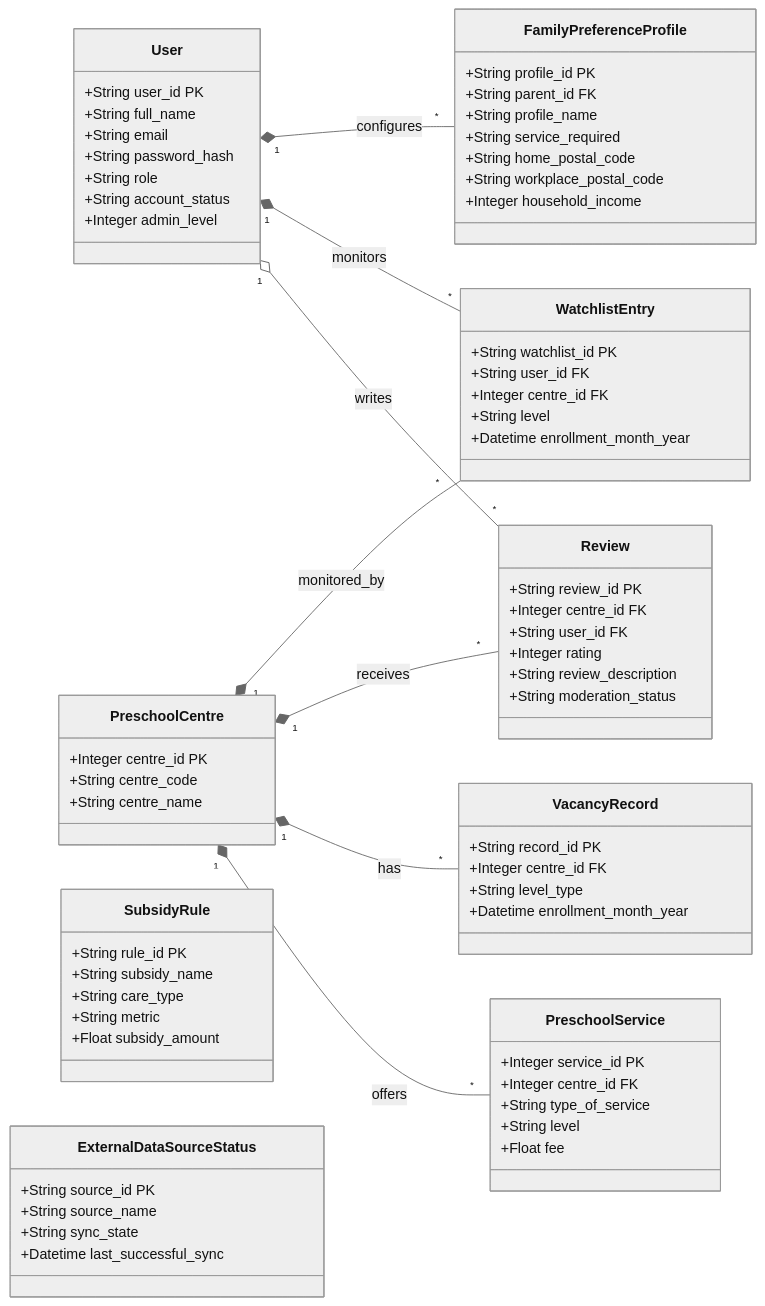
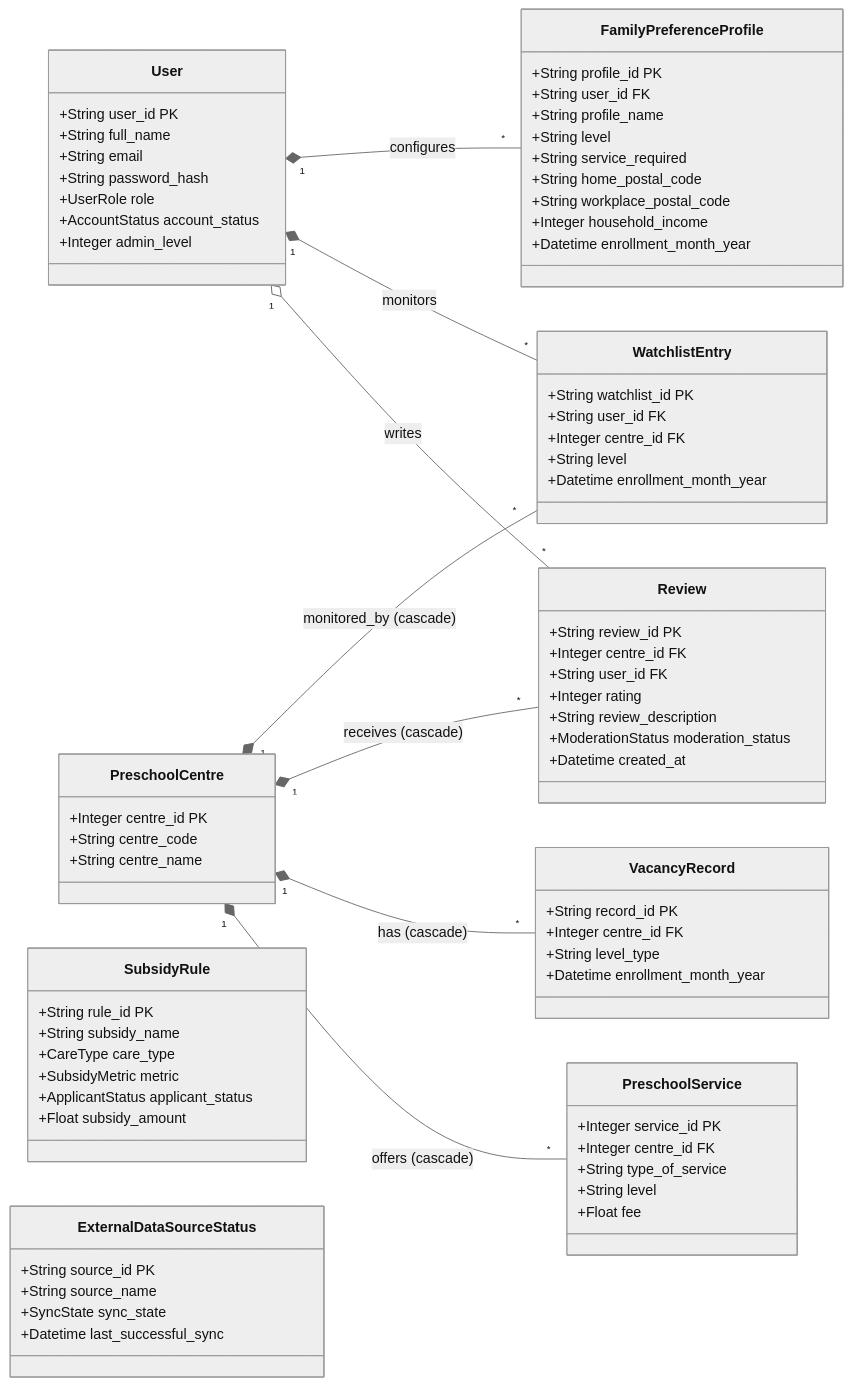
Before and after one commit to Lolgend/kidcarematch-backend: the diagram in specs/user-and-matching-entities.md, drawn with Mermaid (neutral theme). The commit also changed other lines of this file and 3 other files, not shown here.

Commit message:
fix(db): remediate code-review findings for cascade deletion, enums, and spec attributes (#6)

````diff
--- a/specs/user-and-matching-entities.md
+++ b/specs/user-and-matching-entities.md
@@ -74,8 +74,8 @@
         +String full_name
         +String email
         +String password_hash
-        +String role
-        +String account_status
+        +UserRole role
+        +AccountStatus account_status
         +Integer admin_level
     }
 
@@ -87,12 +87,14 @@
 
     class FamilyPreferenceProfile {
         +String profile_id PK
-        +String parent_id FK
+        +String user_id FK
         +String profile_name
+        +String level
         +String service_required
         +String home_postal_code
         +String workplace_postal_code
         +Integer household_income
+        +Datetime enrollment_month_year
     }
 
     class Review {
@@ -101,7 +103,8 @@
         +String user_id FK
         +Integer rating
         +String review_description
-        +String moderation_status
+        +ModerationStatus moderation_status
+        +Datetime created_at
     }
 
     class WatchlistEntry {
@@ -130,15 +133,16 @@
     class SubsidyRule {
         +String rule_id PK
         +String subsidy_name
-        +String care_type
-        +String metric
+        +CareType care_type
+        +SubsidyMetric metric
+        +ApplicantStatus applicant_status
         +Float subsidy_amount
     }
 
     class ExternalDataSourceStatus {
         +String source_id PK
         +String source_name
-        +String sync_state
+        +SyncState sync_state
         +Datetime last_successful_sync
     }
 
@@ -146,8 +150,8 @@
     User "1" *-- "*" WatchlistEntry : monitors
     User "1" *-- "*" FamilyPreferenceProfile : configures
 
-    PreschoolCentre "1" *-- "*" PreschoolService : offers
-    PreschoolCentre "1" *-- "*" VacancyRecord : has
-    PreschoolCentre "1" *-- "*" Review : receives
-    PreschoolCentre "1" *-- "*" WatchlistEntry : monitored_by
+    PreschoolCentre "1" *-- "*" PreschoolService : offers (cascade)
+    PreschoolCentre "1" *-- "*" VacancyRecord : has (cascade)
+    PreschoolCentre "1" *-- "*" Review : receives (cascade)
+    PreschoolCentre "1" *-- "*" WatchlistEntry : monitored_by (cascade)
 ```
````
